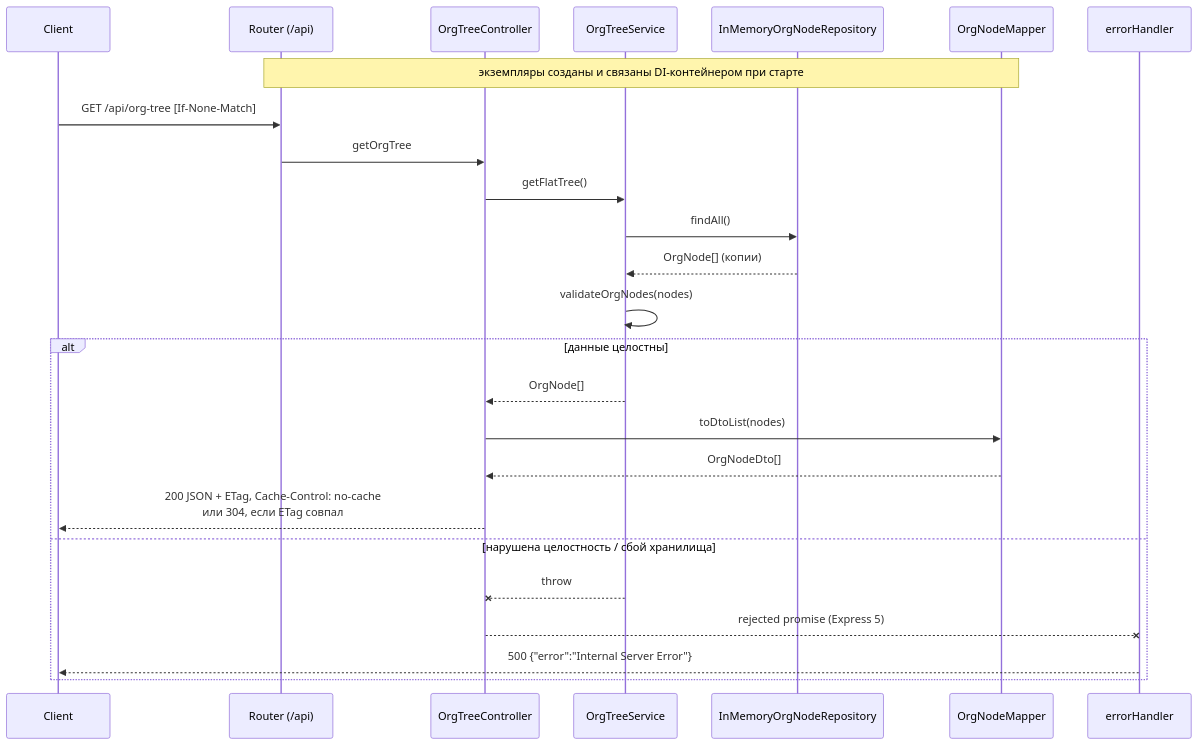
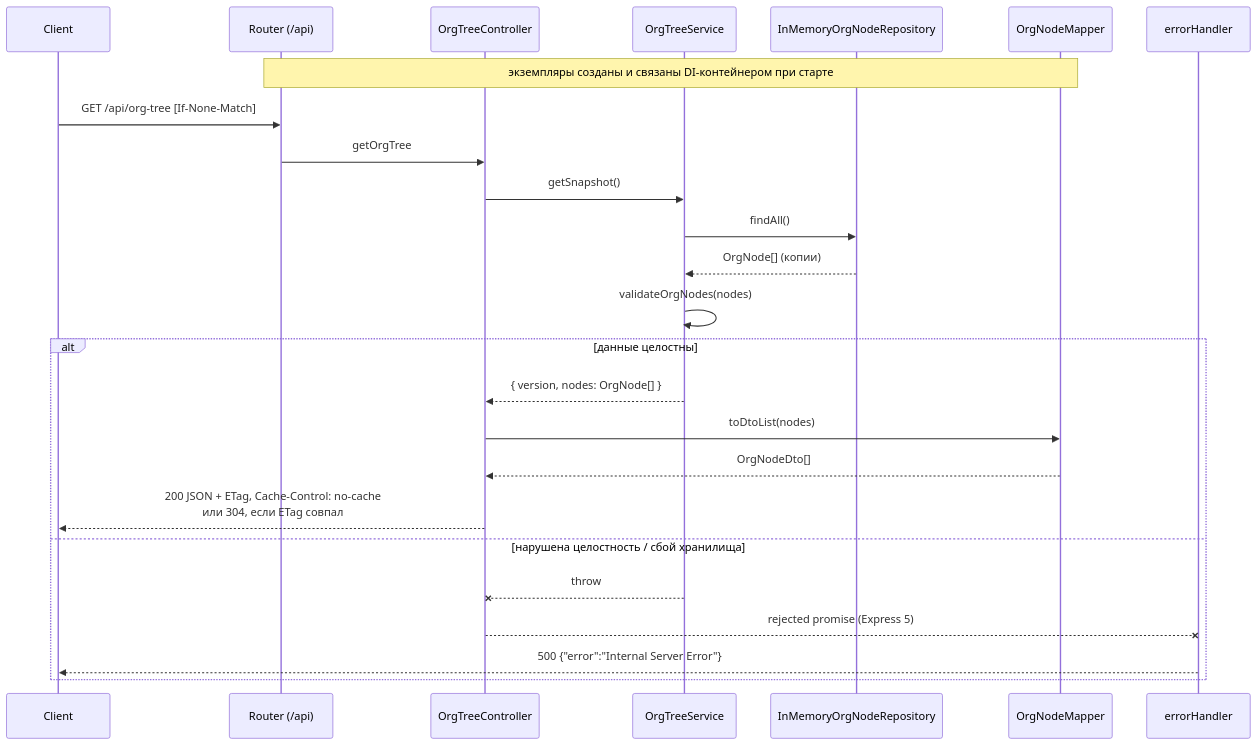
The second of 5 diagrams in docs/architecture.md (Eugene-Okhryamkin/company-test), drawn with Mermaid before and after one commit. The commit also changed other lines of this file and 74 other files, not shown here.

````diff
--- a/docs/architecture.md
+++ b/docs/architecture.md
@@ -174,28 +188,28 @@
 ```mermaid
 sequenceDiagram
     participant C as Client
     participant R as Router (/api)
     participant Ctl as OrgTreeController
     participant S as OrgTreeService
     participant Repo as InMemoryOrgNodeRepository
     participant M as OrgNodeMapper
     participant E as errorHandler
 
     Note over R,M: экземпляры созданы и связаны DI-контейнером при старте
     C->>R: GET /api/org-tree [If-None-Match]
     R->>Ctl: getOrgTree
-    Ctl->>S: getFlatTree()
+    Ctl->>S: getSnapshot()
     S->>Repo: findAll()
     Repo-->>S: OrgNode[] (копии)
     S->>S: validateOrgNodes(nodes)
     alt данные целостны
-        S-->>Ctl: OrgNode[]
+        S-->>Ctl: { version, nodes: OrgNode[] }
         Ctl->>M: toDtoList(nodes)
         M-->>Ctl: OrgNodeDto[]
         Ctl-->>C: 200 JSON + ETag, Cache-Control: no-cache<br/>или 304, если ETag совпал
     else нарушена целостность / сбой хранилища
         S--xCtl: throw
         Ctl--xE: rejected promise (Express 5)
         E-->>C: 500 {"error":"Internal Server Error"}
     end
 ```
````
